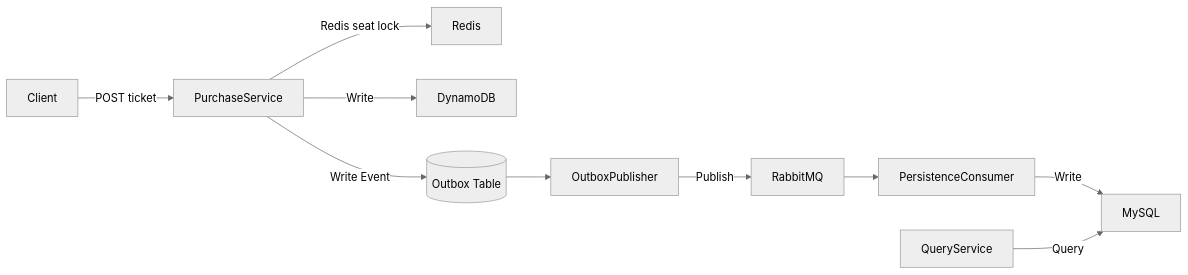
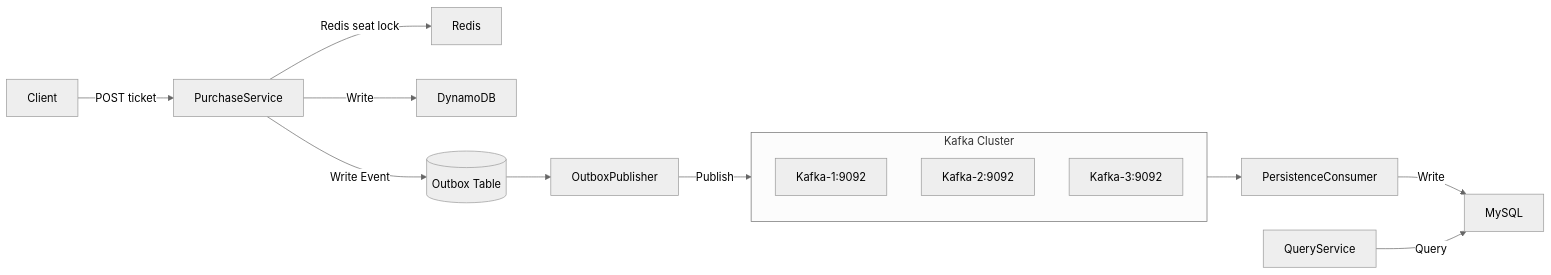
Before and after one commit to SujieZong/High-Concurrency-CQRS-Ticketing-Platform: the diagram in README.md, drawn with Mermaid (neutral theme). The commit also changed other lines of this file and 7 other files, not shown here.

````diff
--- a/README.md
+++ b/README.md
@@ -26,12 +25,19 @@
 ```mermaid
 flowchart LR
   Client -->|POST ticket| PurchaseService
   PurchaseService -->|Redis seat lock| Redis
   PurchaseService -->|Write| DynamoDB
   PurchaseService -->|Write Event| OutboxTable[(Outbox Table)]
   OutboxTable --> OutboxPublisher
-  OutboxPublisher -->|Publish| RabbitMQ
-  RabbitMQ --> PersistenceConsumer
+  OutboxPublisher -->|Publish| KafkaCluster
+  
+  subgraph KafkaCluster[Kafka Cluster]
+    Kafka1[Kafka-1:9092]
+    Kafka2[Kafka-2:9092] 
+    Kafka3[Kafka-3:9092]
+  end
+  
+  KafkaCluster --> PersistenceConsumer
   PersistenceConsumer -->|Write| MySQL
   QueryService -->|Query| MySQL
 ```
````
